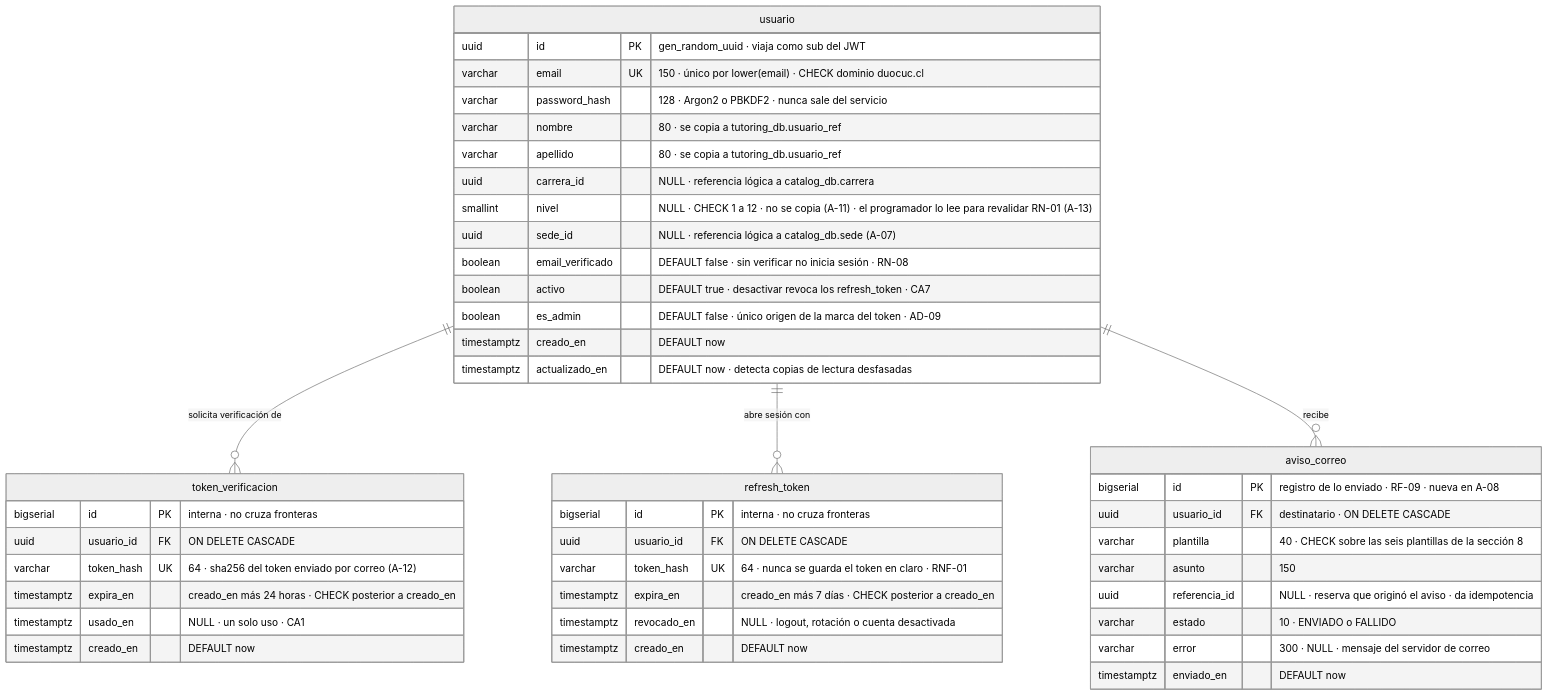
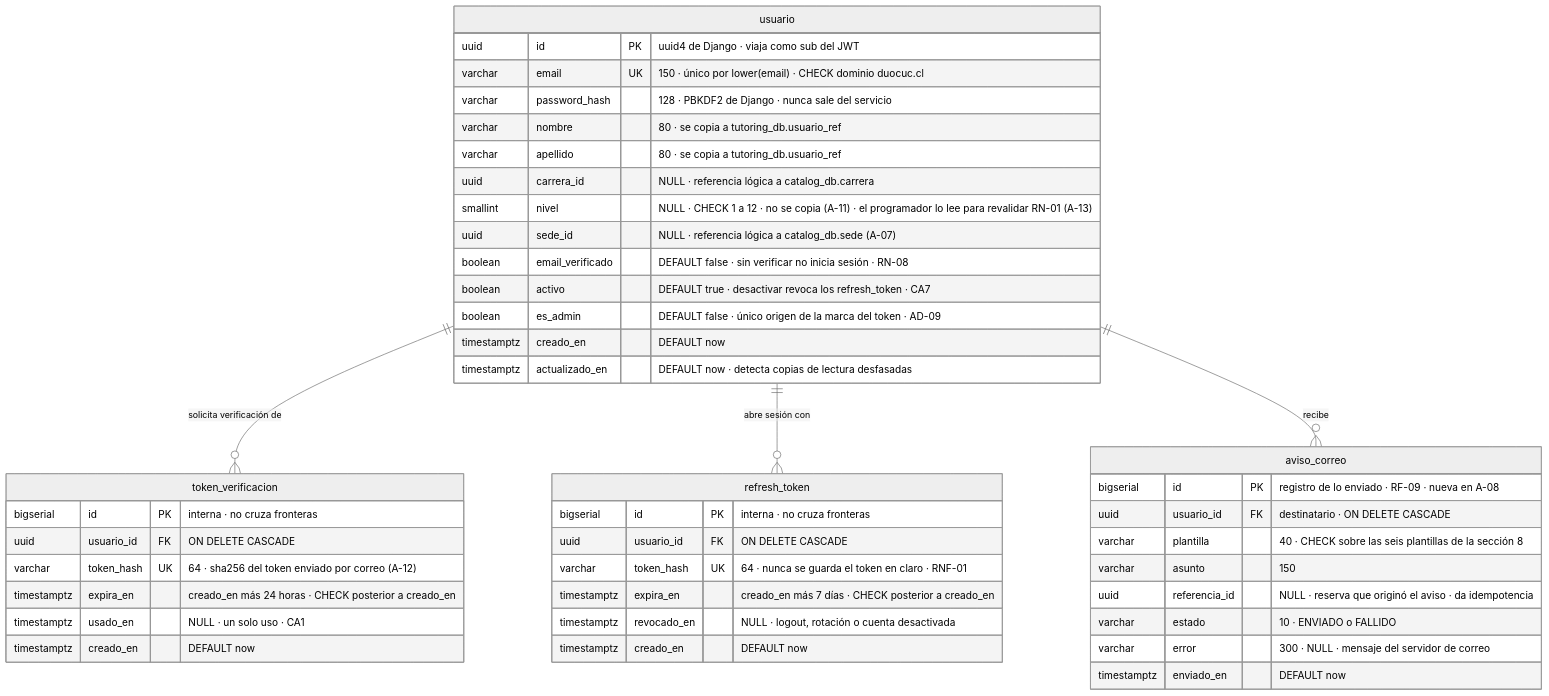
The diagram in Fase 2/Evidencias Proyecto/Evidencias de sistema/Base de datos/diagramas/01_identity_db.mmd (Bacchi701/Plataforma-web-tutorias), drawn with Mermaid (neutral theme) before and after one commit. The commit also changed 92 other files, not shown here.

```diff
--- a/Fase 2/Evidencias Proyecto/Evidencias de sistema/Base de datos/diagramas/01_identity_db.mmd
+++ b/Fase 2/Evidencias Proyecto/Evidencias de sistema/Base de datos/diagramas/01_identity_db.mmd
@@ -1,56 +1,57 @@
-%% Pilar 2 · Anexo A v1.3 — Modelo de datos · Diagrama 1 de 5
+%% Pilar 2 · Anexo A v1.6 — Modelo de datos · Diagrama 1 de 5
 %% identity_db — Servicio de Identidad · 4 tablas
 %% Los trece ajustes A-01 a A-13 quedaron aprobados el 14-09-2026.
-%% Modelo IMPLEMENTADO el 30-09-2026 (migraciones de la semana 8). Difiere del anexo A
-%% en lo que dejo la revision de 3FN: ver la presentacion de normalizacion.
+%% Es el modelo implementado: las migraciones del 01-10-2026, con la revisión de normalización
+%% del 30-09-2026. Coincide con el anexo A v1.6.
+%% Los DEFAULT y los ON DELETE los aplica Django, no la base (anexo A, sección 2).
 %% Toda clave foránea de este diagrama es real dentro de identity_db.
 %% Las referencias a otras bases (carrera_id, sede_id) son identificadores sueltos, sin FK: AD-08.
 erDiagram
     usuario {
-        uuid id PK "gen_random_uuid · viaja como sub del JWT"
+        uuid id PK "uuid4 de Django · viaja como sub del JWT"
         varchar email UK "150 · único por lower(email) · CHECK dominio duocuc.cl"
-        varchar password_hash "128 · Argon2 o PBKDF2 · nunca sale del servicio"
+        varchar password_hash "128 · PBKDF2 de Django · nunca sale del servicio"
         varchar nombre "80 · se copia a tutoring_db.usuario_ref"
         varchar apellido "80 · se copia a tutoring_db.usuario_ref"
         uuid carrera_id "NULL · referencia lógica a catalog_db.carrera"
         smallint nivel "NULL · CHECK 1 a 12 · no se copia (A-11) · el programador lo lee para revalidar RN-01 (A-13)"
         uuid sede_id "NULL · referencia lógica a catalog_db.sede (A-07)"
         boolean email_verificado "DEFAULT false · sin verificar no inicia sesión · RN-08"
         boolean activo "DEFAULT true · desactivar revoca los refresh_token · CA7"
         boolean es_admin "DEFAULT false · único origen de la marca del token · AD-09"
         timestamptz creado_en "DEFAULT now"
         timestamptz actualizado_en "DEFAULT now · detecta copias de lectura desfasadas"
     }
 
     token_verificacion {
         bigserial id PK "interna · no cruza fronteras"
         uuid usuario_id FK "ON DELETE CASCADE"
         varchar token_hash UK "64 · sha256 del token enviado por correo (A-12)"
         timestamptz expira_en "creado_en más 24 horas · CHECK posterior a creado_en"
         timestamptz usado_en "NULL · un solo uso · CA1"
         timestamptz creado_en "DEFAULT now"
     }
 
     refresh_token {
         bigserial id PK "interna · no cruza fronteras"
         uuid usuario_id FK "ON DELETE CASCADE"
         varchar token_hash UK "64 · nunca se guarda el token en claro · RNF-01"
         timestamptz expira_en "creado_en más 7 días · CHECK posterior a creado_en"
         timestamptz revocado_en "NULL · logout, rotación o cuenta desactivada"
         timestamptz creado_en "DEFAULT now"
     }
 
     aviso_correo {
         bigserial id PK "registro de lo enviado · RF-09 · nueva en A-08"
         uuid usuario_id FK "destinatario · ON DELETE CASCADE"
         varchar plantilla "40 · CHECK sobre las seis plantillas de la sección 8"
         varchar asunto "150"
         uuid referencia_id "NULL · reserva que originó el aviso · da idempotencia"
         varchar estado "10 · ENVIADO o FALLIDO"
         varchar error "300 · NULL · mensaje del servidor de correo"
         timestamptz enviado_en "DEFAULT now"
     }
 
     usuario ||--o{ token_verificacion : "solicita verificación de"
     usuario ||--o{ refresh_token : "abre sesión con"
     usuario ||--o{ aviso_correo : "recibe"
```
